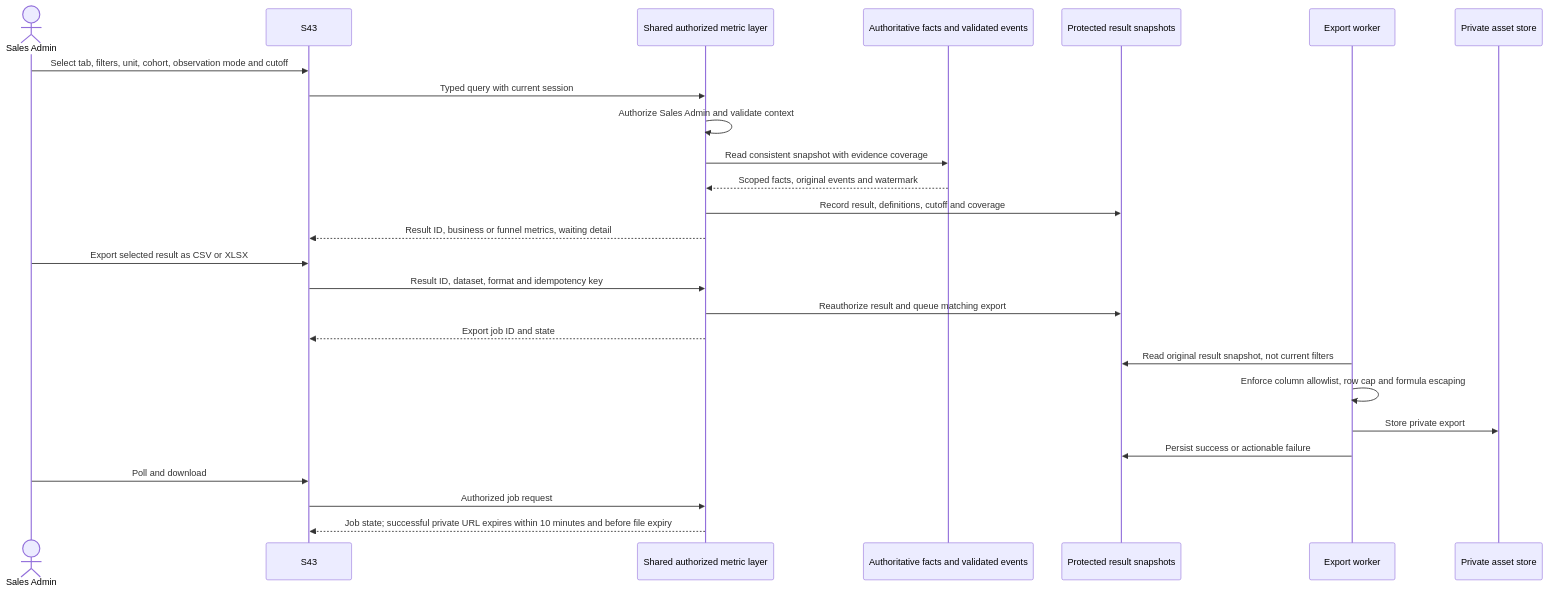
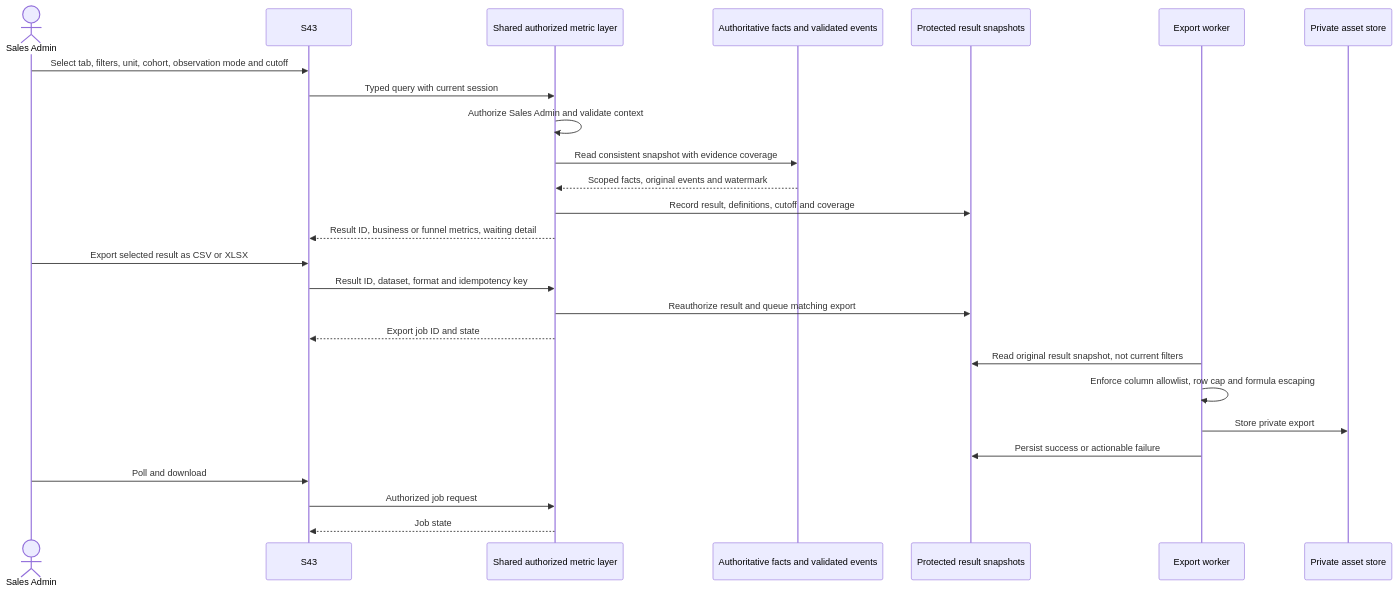
Diagram 14 of 16 in docs/spec/docs/architecture/sequence.md (ankhanhwork/weavelink-project), drawn with Mermaid before and after one commit. The commit also changed other lines of this file and 25 other files, not shown here.

````diff
--- a/docs/spec/docs/architecture/sequence.md
+++ b/docs/spec/docs/architecture/sequence.md
@@ -381,28 +372,28 @@
 ```mermaid
 sequenceDiagram
     actor Admin as Sales Admin
     participant UI as S43
     participant Metrics as Shared authorized metric layer
     participant DB as Authoritative facts and validated events
     participant Results as Protected result snapshots
     participant Worker as Export worker
     participant Assets as Private asset store
     Admin->>UI: Select tab, filters, unit, cohort, observation mode and cutoff
     UI->>Metrics: Typed query with current session
     Metrics->>Metrics: Authorize Sales Admin and validate context
     Metrics->>DB: Read consistent snapshot with evidence coverage
     DB-->>Metrics: Scoped facts, original events and watermark
     Metrics->>Results: Record result, definitions, cutoff and coverage
     Metrics-->>UI: Result ID, business or funnel metrics, waiting detail
     Admin->>UI: Export selected result as CSV or XLSX
     UI->>Metrics: Result ID, dataset, format and idempotency key
     Metrics->>Results: Reauthorize result and queue matching export
     Metrics-->>UI: Export job ID and state
     Worker->>Results: Read original result snapshot, not current filters
     Worker->>Worker: Enforce column allowlist, row cap and formula escaping
     Worker->>Assets: Store private export
     Worker->>Results: Persist success or actionable failure
     Admin->>UI: Poll and download
     UI->>Metrics: Authorized job request
-    Metrics-->>UI: Job state#59; successful private URL expires within 10 minutes and before file expiry
+    Metrics-->>UI: Job state#59, successful private URL expires within 10 minutes and before file expiry
 ```
````
